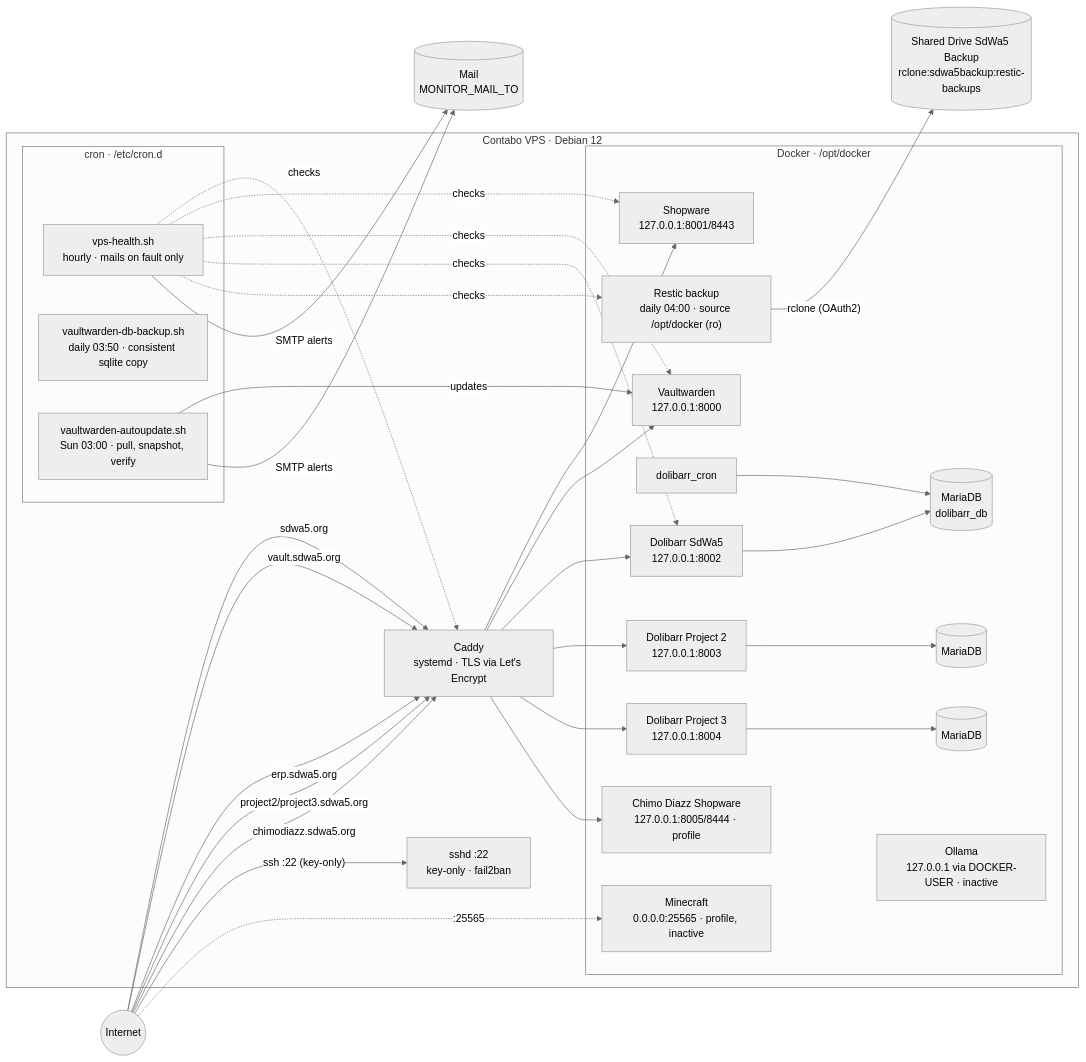
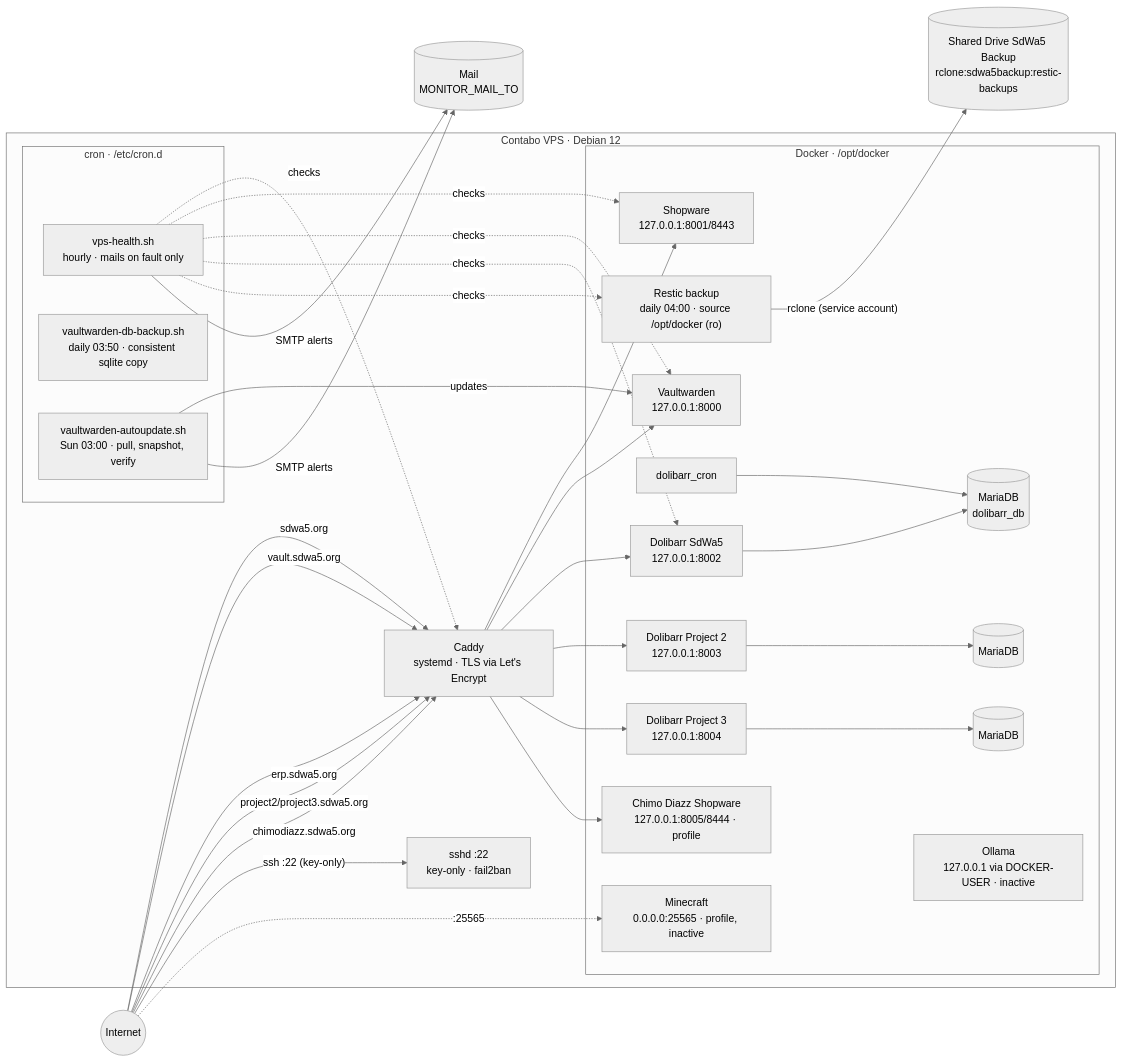
One commit to SdWa5/vps changed the diagram in docs/infrastructure.md. Above: the diagram before and after it, drawn with Mermaid (neutral theme). The commit also changed other lines of this file and 4 other files, not shown here.

````diff
--- a/docs/infrastructure.md
+++ b/docs/infrastructure.md
@@ -7,52 +7,52 @@
 ```mermaid
 flowchart LR
     U((Internet))
 
     subgraph vps ["Contabo VPS · Debian 12"]
         C["Caddy<br/>systemd · TLS via Let's Encrypt"]
 
         subgraph docker ["Docker · /opt/docker"]
             SW["Shopware<br/>127.0.0.1:8001/8443"]
             VW["Vaultwarden<br/>127.0.0.1:8000"]
             DL["Dolibarr SdWa5<br/>127.0.0.1:8002"]
             DLC["dolibarr_cron"]
             DLDB[("MariaDB<br/>dolibarr_db")]
             P2["Dolibarr Project 2<br/>127.0.0.1:8003"]
             P2DB[("MariaDB")]
             P3["Dolibarr Project 3<br/>127.0.0.1:8004"]
             CDW["Chimo Diazz Shopware<br/>127.0.0.1:8005/8444 · profile"]
             P3DB[("MariaDB")]
             OL["Ollama<br/>127.0.0.1 via DOCKER-USER · inactive"]
             MC["Minecraft<br/>0.0.0.0:25565 · profile, inactive"]
             RS["Restic backup<br/>daily 04:00 · source /opt/docker (ro)"]
         end
 
         subgraph cron ["cron · /etc/cron.d"]
             HC["vps-health.sh<br/>hourly · mails on fault only"]
             DB["vaultwarden-db-backup.sh<br/>daily 03:50 · consistent sqlite copy"]
             AU["vaultwarden-autoupdate.sh<br/>Sun 03:00 · pull, snapshot, verify"]
         end
 
         SSHD["sshd :22<br/>key-only · fail2ban"]
     end
 
     GD[("Shared Drive SdWa5 Backup<br/>rclone:sdwa5backup:restic-backups")]
     U -- " sdwa5.org " --> C
     U -- " vault.sdwa5.org " --> C
     U -- " erp.sdwa5.org " --> C
     U -- " project2/project3.sdwa5.org " --> C
     U -- " chimodiazz.sdwa5.org " --> C
     U -- " ssh :22 (key-only) " --> SSHD
     U -. " :25565 " .-> MC
     C --> SW & VW & DL
     C --> P2 & P3
     C --> CDW
     DL --> DLDB
     DLC --> DLDB
     P2 --> P2DB
     P3 --> P3DB
-    RS -- " rclone (OAuth2) " --> GD
+    RS -- " rclone (service account) " --> GD
     HC -. " checks " .-> C & SW & VW & DL & RS
     AU -- " updates " --> VW
     HC & AU -- " SMTP alerts " --> MB[("Mail<br/>MONITOR_MAIL_TO")]
 ```
````
